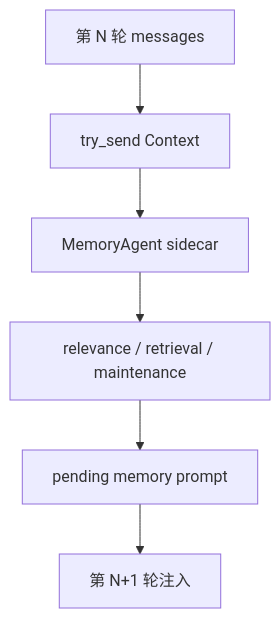
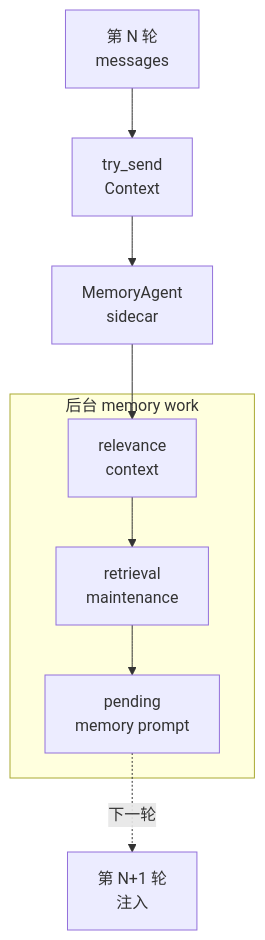
The first of 2 diagrams in docs/zh/s07-memory.md (Br1an67/learn-jcode), drawn with Mermaid before and after one commit. The commit also changed other lines of this file and 23 other files, not shown here.

Commit message:
Improve Mermaid diagram layout

````diff
--- a/docs/zh/s07-memory.md
+++ b/docs/zh/s07-memory.md
@@ -11,8 +11,16 @@
 ```mermaid
 flowchart TD
-  TurnN["第 N 轮 messages"] --> TrySend["try_send Context"]
-  TrySend --> MemoryAgent["MemoryAgent sidecar"]
-  MemoryAgent --> Retrieve["relevance / retrieval / maintenance"]
-  Retrieve --> Pending["pending memory prompt"]
-  Pending --> TurnNext["第 N+1 轮注入"]
+  TurnN["第 N 轮<br/>messages"] --> TrySend["try_send<br/>Context"]
+  TrySend --> Sidecar["MemoryAgent<br/>sidecar"]
+
+  subgraph Work["后台 memory work"]
+    Relevance["relevance<br/>context"]
+    Retrieve["retrieval<br/>maintenance"]
+    Pending["pending<br/>memory prompt"]
+  end
+
+  Sidecar --> Relevance
+  Relevance --> Retrieve
+  Retrieve --> Pending
+  Pending -. 下一轮 .-> TurnNext["第 N+1 轮<br/>注入"]
 ```
````
